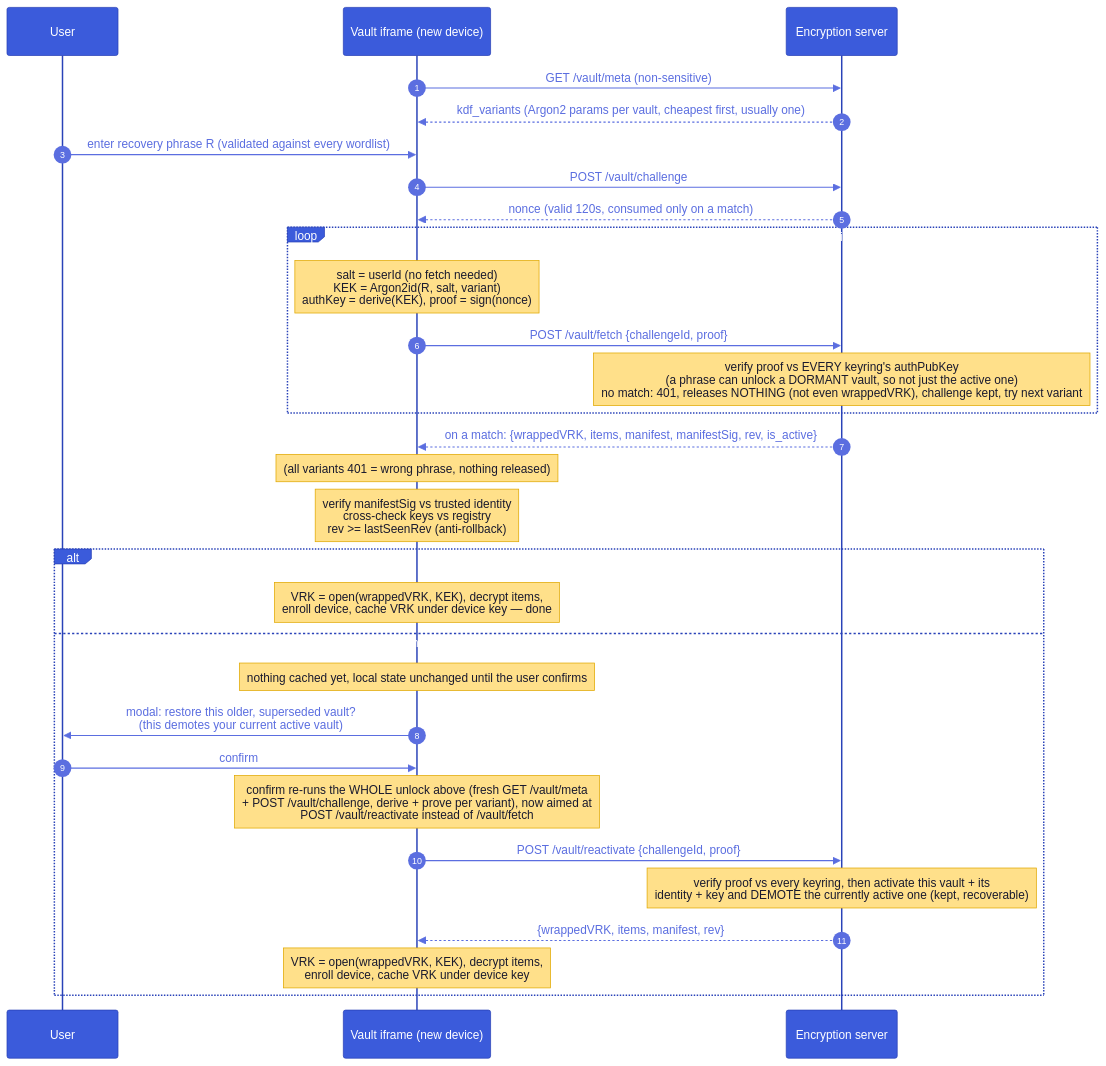
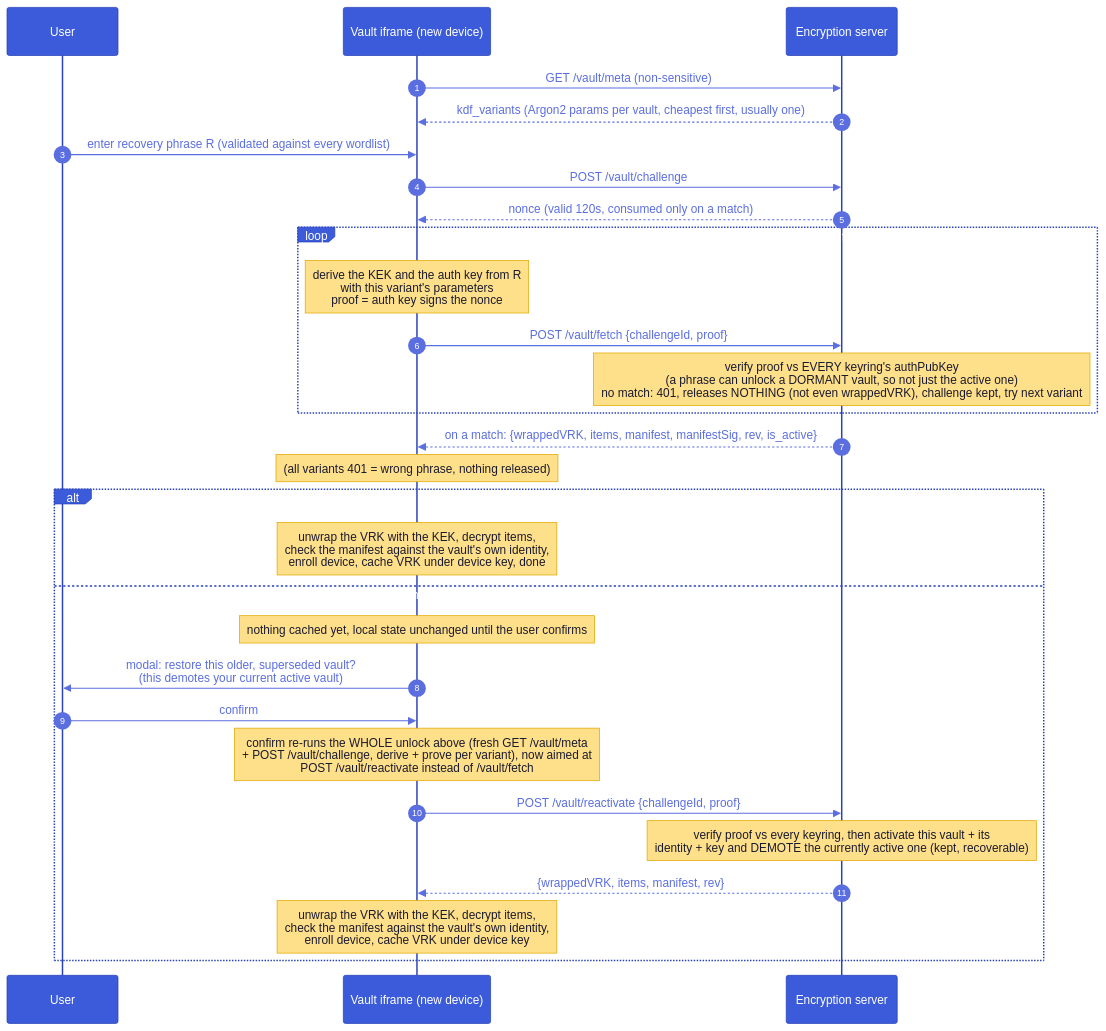
Before and after one commit to suitenumerique/encryption: diagram 12 of 24 in architecture.md, drawn with Mermaid. The commit also changed other lines of this file and 24 other files, not shown here.

Commit message:
fix(crypto): encrypt with xchacha20-poly1305 aead instead of xsalsa20 secretbox as documented + harden vault integrity checks & chore(docs): rework the architecture document

````diff
--- a/architecture.md
+++ b/architecture.md
@@ -373,33 +1064,32 @@
 ```mermaid
-%%{init: {'theme':'base','themeVariables':{'actorBkg':'#3b5bdb','actorTextColor':'#fff','actorBorder':'#2942b8','signalColor':'#5b6ee0','signalTextColor':'#5b6ee0','noteBkgColor':'#ffe08a','noteTextColor':'#1a1a2e','noteBorderColor':'#e0a800','sequenceNumberColor':'#fff'}}}%%
+%%{init: {'theme':'base','look':'classic','themeVariables':{'actorBkg':'#3b5bdb','actorTextColor':'#fff','actorBorder':'#2942b8','signalColor':'#5b6ee0','signalTextColor':'#5b6ee0','noteBkgColor':'#ffe08a','noteTextColor':'#1a1a2e','noteBorderColor':'#e0a800','sequenceNumberColor':'#fff'}}}%%
 sequenceDiagram
   autonumber
   participant U as User
   participant V as Vault iframe (new device)
   participant API as Encryption server
   V->>API: GET /vault/meta (non-sensitive)
   API-->>V: kdf_variants (Argon2 params per vault, cheapest first, usually one)
   U->>V: enter recovery phrase R (validated against every wordlist)
   V->>API: POST /vault/challenge
   API-->>V: nonce (valid 120s, consumed only on a match)
   loop each KDF variant until the proof verifies (usually the first)
-    Note over V: salt = userId (no fetch needed)<br/>KEK = Argon2id(R, salt, variant)<br/>authKey = derive(KEK), proof = sign(nonce)
+    Note over V: derive the KEK and the auth key from R<br/>with this variant's parameters<br/>proof = auth key signs the nonce
     V->>API: POST /vault/fetch {challengeId, proof}
     Note over API: verify proof vs EVERY keyring's authPubKey<br/>(a phrase can unlock a DORMANT vault, so not just the active one)<br/>no match: 401, releases NOTHING (not even wrappedVRK), challenge kept, try next variant
   end
   API-->>V: on a match: {wrappedVRK, items, manifest, manifestSig, rev, is_active}
   Note over V: (all variants 401 = wrong phrase, nothing released)
-  Note over V: verify manifestSig vs trusted identity<br/>cross-check keys vs registry<br/>rev >= lastSeenRev (anti-rollback)
   alt is_active: the phrase unlocked the CURRENT vault
-    Note over V: VRK = open(wrappedVRK, KEK), decrypt items,<br/>enroll device, cache VRK under device key — done
+    Note over V: unwrap the VRK with the KEK, decrypt items,<br/>check the manifest against the vault's own identity,<br/>enroll device, cache VRK under device key, done
   else the phrase unlocked a DORMANT (superseded) vault
     Note over V: nothing cached yet, local state unchanged until the user confirms
     V->>U: modal: restore this older, superseded vault?<br/>(this demotes your current active vault)
     U->>V: confirm
     Note over V: confirm re-runs the WHOLE unlock above (fresh GET /vault/meta<br/>+ POST /vault/challenge, derive + prove per variant), now aimed at<br/>POST /vault/reactivate instead of /vault/fetch
     V->>API: POST /vault/reactivate {challengeId, proof}
     Note over API: verify proof vs every keyring, then activate this vault + its<br/>identity + key and DEMOTE the currently active one (kept, recoverable)
     API-->>V: {wrappedVRK, items, manifest, rev}
-    Note over V: VRK = open(wrappedVRK, KEK), decrypt items,<br/>enroll device, cache VRK under device key
+    Note over V: unwrap the VRK with the KEK, decrypt items,<br/>check the manifest against the vault's own identity,<br/>enroll device, cache VRK under device key
   end
 ```
````
